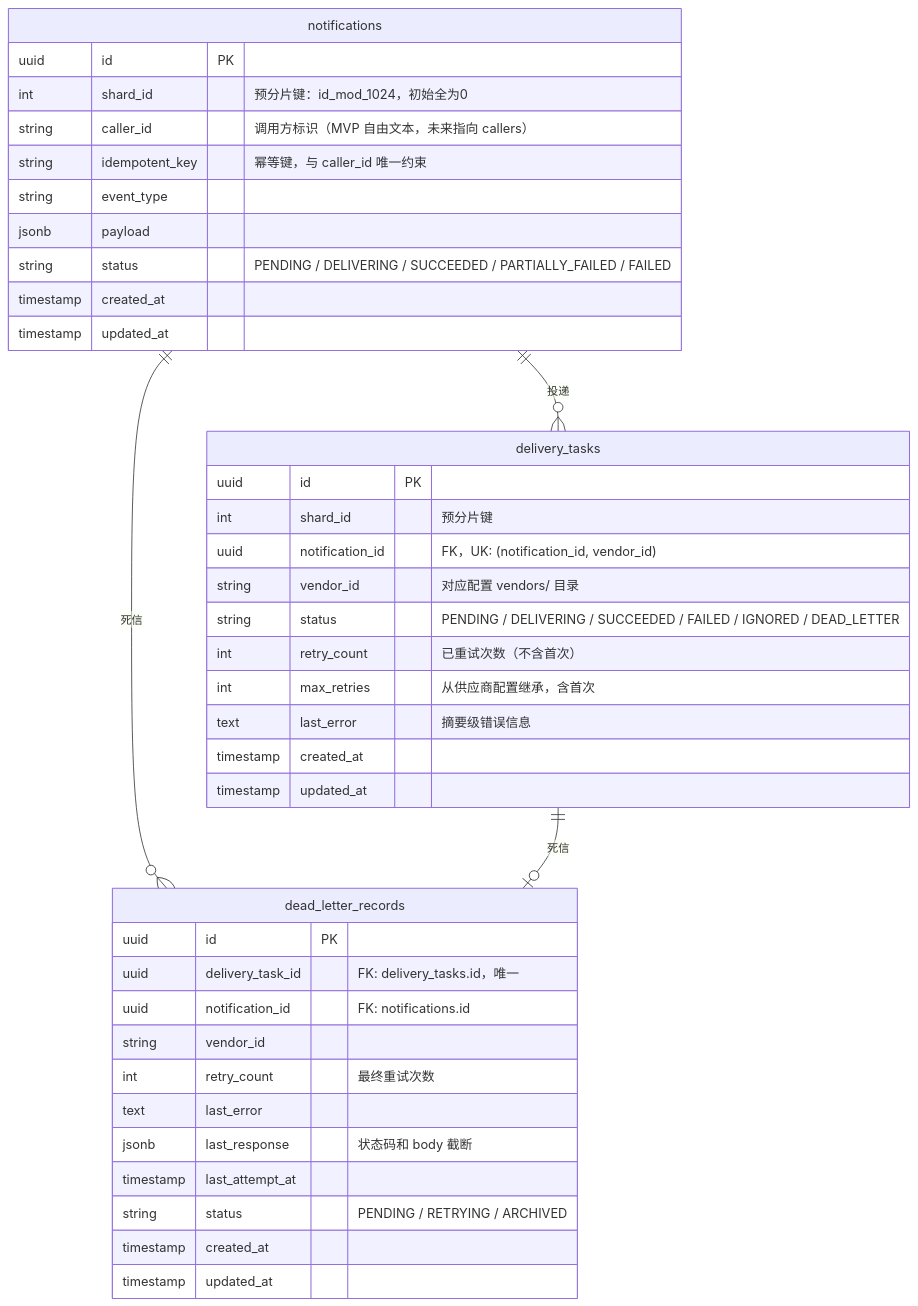
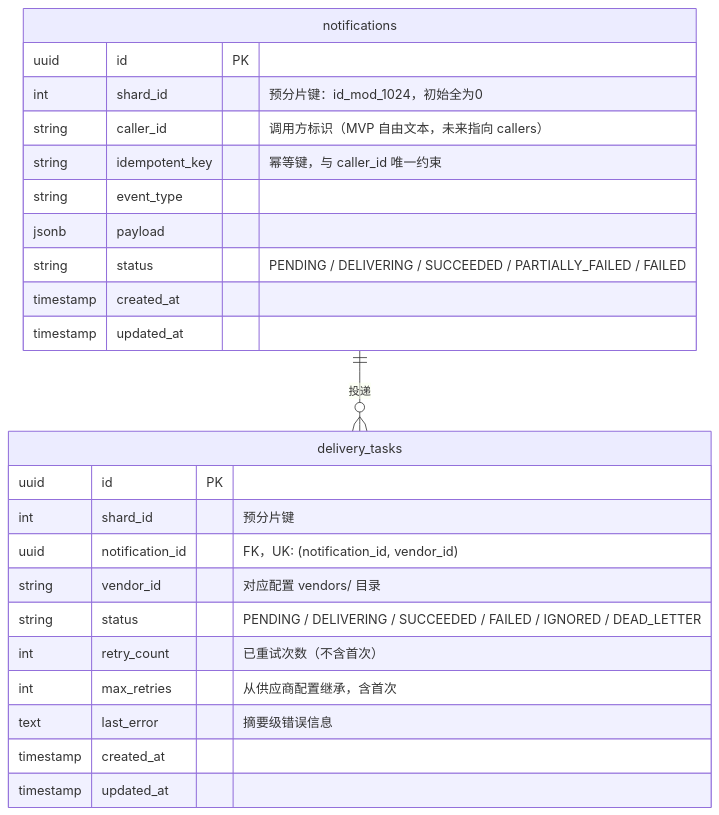
One commit to xnslong/rc_xnslong changed the third of 21 diagrams in doc/requirements/202605-notification-design-dd.md. Above: the diagram before and after it, drawn with Mermaid. The commit also changed other lines of this file and 1 other file, not shown here.

First line of the commit message:
docs(dd): 移除 dead_letter_records 表，重试改为队列级 TTL 时间槽方案

````diff
--- a/doc/requirements/202605-notification-design-dd.md
+++ b/doc/requirements/202605-notification-design-dd.md
@@ -198,45 +198,29 @@
 ```mermaid
 erDiagram
     notifications {
         uuid        id              PK
         int         shard_id        "预分片键：id_mod_1024，初始全为0"
         string      caller_id       "调用方标识（MVP 自由文本，未来指向 callers）"
         string      idempotent_key  "幂等键，与 caller_id 唯一约束"
         string      event_type
         jsonb       payload
         string      status          "PENDING / DELIVERING / SUCCEEDED / PARTIALLY_FAILED / FAILED"
         timestamp   created_at
         timestamp   updated_at
     }
 
     delivery_tasks {
         uuid        id               PK
         int         shard_id         "预分片键"
         uuid        notification_id  "FK，UK: (notification_id, vendor_id)"
         string      vendor_id        "对应配置 vendors/ 目录"
         string      status           "PENDING / DELIVERING / SUCCEEDED / FAILED / IGNORED / DEAD_LETTER"
         int         retry_count      "已重试次数（不含首次）"
         int         max_retries      "从供应商配置继承，含首次"
         text        last_error       "摘要级错误信息"
         timestamp   created_at
         timestamp   updated_at
     }
 
-    dead_letter_records {
-        uuid        id                PK
-        uuid        delivery_task_id  "FK: delivery_tasks.id，唯一"
-        uuid        notification_id   "FK: notifications.id"
-        string      vendor_id
-        int         retry_count       "最终重试次数"
-        text        last_error
-        jsonb       last_response     "状态码和 body 截断"
-        timestamp   last_attempt_at
-        string      status            "PENDING / RETRYING / ARCHIVED"
-        timestamp   created_at
-        timestamp   updated_at
-    }
-
     notifications ||--o{ delivery_tasks : "投递"
-    notifications ||--o{ dead_letter_records : "死信"
-    delivery_tasks ||--o| dead_letter_records : "死信"
 ```
````
